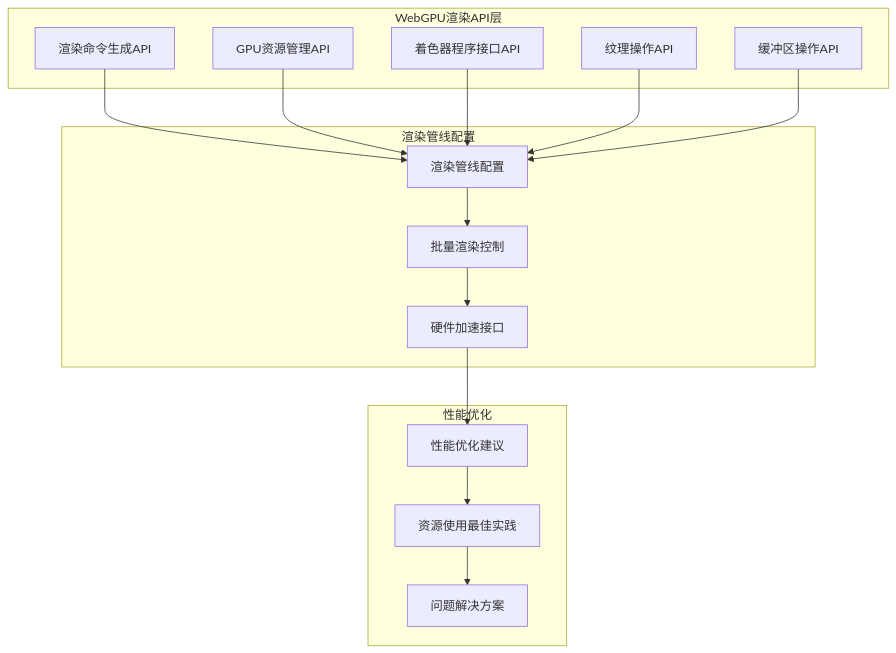
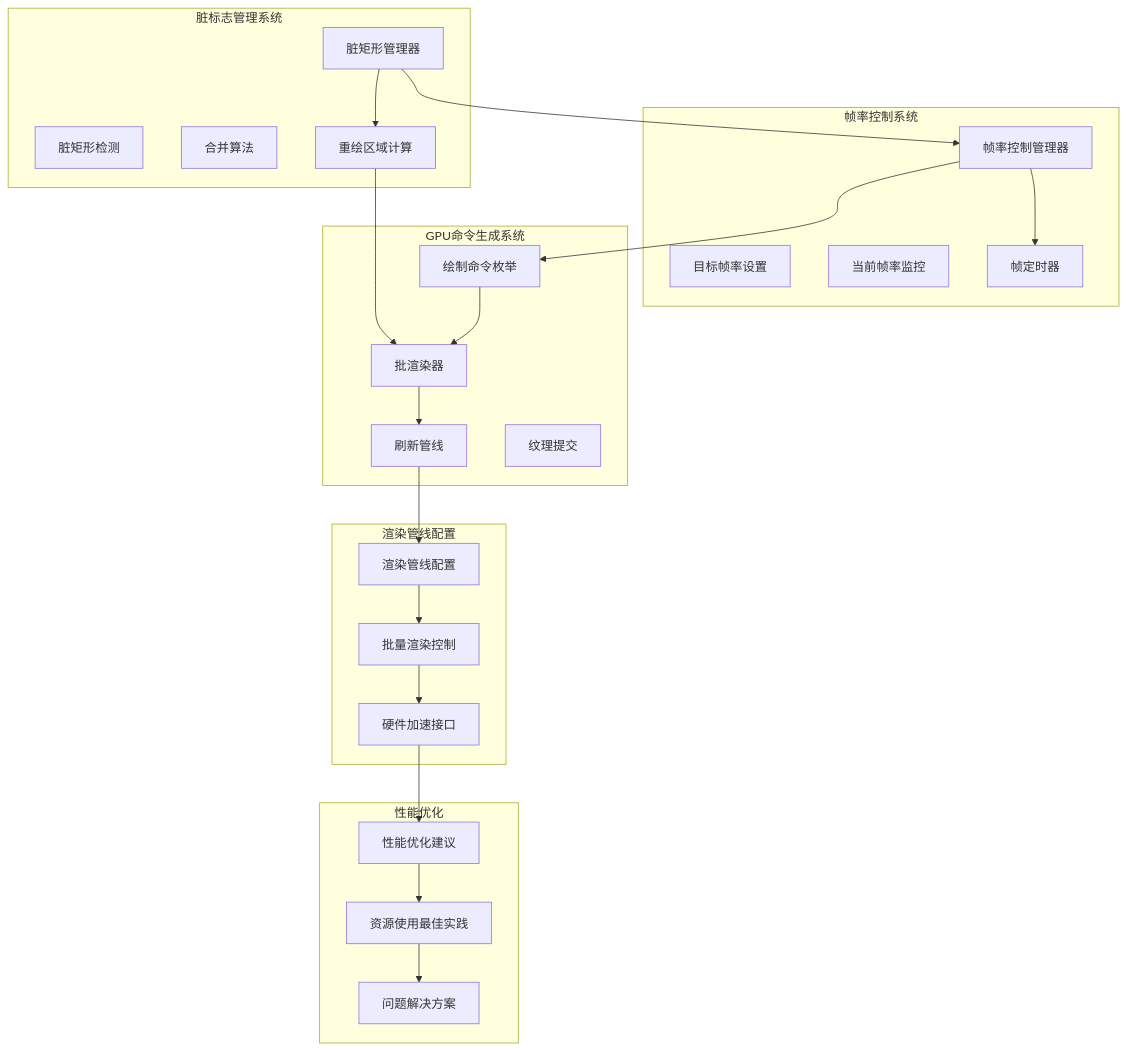
The second of 3 diagrams in .qoder/repowiki/zh/content/API参考手册/渲染API.md (itszzl-sudo/iris), drawn with Mermaid before and after one commit. The commit also changed other lines of this file and 6 other files, not shown here.

````diff
--- a/.qoder/repowiki/zh/content/API参考手册/渲染API.md
+++ b/.qoder/repowiki/zh/content/API参考手册/渲染API.md
@@ -95,30 +114,44 @@
 ```mermaid
 graph TB
-subgraph "WebGPU渲染API层"
-RenderAPI[渲染命令生成API]
-ResourceMgr[GPU资源管理API]
-ShaderAPI[着色器程序接口API]
-TextureAPI[纹理操作API]
-BufferAPI[缓冲区操作API]
+subgraph "帧率控制系统"
+FPSControl[帧率控制管理器]
+TargetFPS[目标帧率设置]
+CurrentFPS[当前帧率监控]
+FrameTimer[帧定时器]
+end
+subgraph "脏标志管理系统"
+DirtyManager[脏矩形管理器]
+DirtyRect[脏矩形检测]
+MergeAlgo[合并算法]
+RedrawRegions[重绘区域计算]
+end
+subgraph "GPU命令生成系统"
+DrawCommand[绘制命令枚举]
+BatchRenderer[批渲染器]
+FlushPipeline[刷新管线]
+TextureSubmit[纹理提交]
 end
 subgraph "渲染管线配置"
 PipelineCfg[渲染管线配置]
 BatchCtrl[批量渲染控制]
 HWAccel[硬件加速接口]
 end
 subgraph "性能优化"
 PerfOpt[性能优化建议]
 ResourceBest[资源使用最佳实践]
 IssueSolve[问题解决方案]
 end
-RenderAPI --> PipelineCfg
-ResourceMgr --> PipelineCfg
-ShaderAPI --> PipelineCfg
-TextureAPI --> PipelineCfg
-BufferAPI --> PipelineCfg
+FPSControl --> FrameTimer
+DirtyManager --> RedrawRegions
+DrawCommand --> BatchRenderer
+BatchRenderer --> FlushPipeline
+FlushPipeline --> PipelineCfg
+DirtyManager --> FPSControl
+FPSControl --> DrawCommand
+RedrawRegions --> BatchRenderer
 PipelineCfg --> BatchCtrl
 BatchCtrl --> HWAccel
 HWAccel --> PerfOpt
 PerfOpt --> ResourceBest
 ResourceBest --> IssueSolve
 ```
````
